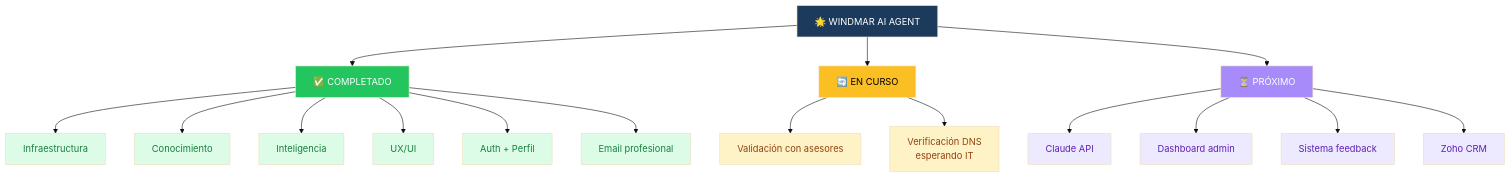
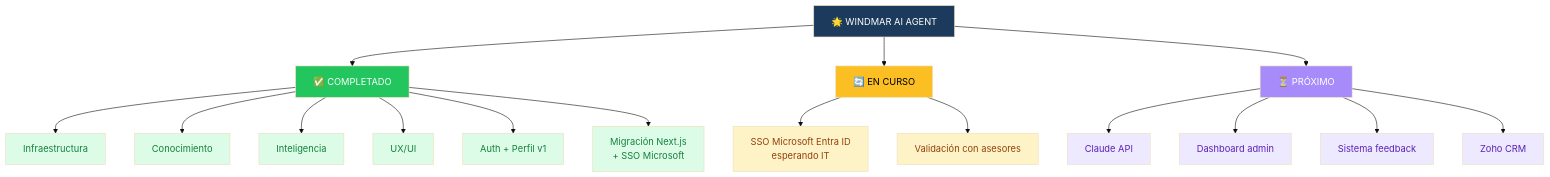
Before and after one commit to JnSbstnRivera/WINDMAR-AI-AGENT: the first of 14 diagrams in ROADMAP.md, drawn with Mermaid (base theme). The commit also changed other lines of this file and 48 other files, not shown here.

First line of the commit message:
Migrate to Next.js 15 + Microsoft Entra ID SSO

````diff
--- a/ROADMAP.md
+++ b/ROADMAP.md
@@ -10,39 +10,39 @@
 ```mermaid
 flowchart TD
     Root[🌟 WINDMAR AI AGENT]
     Root --> Done[✅ COMPLETADO]
     Root --> Now[🔄 EN CURSO]
     Root --> Next[⏳ PRÓXIMO]
 
     Done --> D1[Infraestructura]
     Done --> D2[Conocimiento]
     Done --> D3[Inteligencia]
     Done --> D4[UX/UI]
-    Done --> D5[Auth + Perfil]
-    Done --> D6[Email profesional]
+    Done --> D5[Auth + Perfil v1]
+    Done --> D7[Migración Next.js<br/>+ SSO Microsoft]
 
-    Now --> N1[Validación con asesores]
-    Now --> N2[Verificación DNS<br/>esperando IT]
+    Now --> N1[SSO Microsoft Entra ID<br/>esperando IT]
+    Now --> N2[Validación con asesores]
 
     Next --> X1[Claude API]
     Next --> X2[Dashboard admin]
     Next --> X3[Sistema feedback]
     Next --> X4[Zoho CRM]
 
     style Root fill:#1B3A5C,color:#fff
     style Done fill:#22c55e,color:#fff
     style Now fill:#fbbf24,color:#000
     style Next fill:#a78bfa,color:#fff
     style D1 fill:#dcfce7,color:#15803d
     style D2 fill:#dcfce7,color:#15803d
     style D3 fill:#dcfce7,color:#15803d
     style D4 fill:#dcfce7,color:#15803d
     style D5 fill:#dcfce7,color:#15803d
-    style D6 fill:#dcfce7,color:#15803d
+    style D7 fill:#dcfce7,color:#15803d
     style N1 fill:#fef3c7,color:#92400e
     style N2 fill:#fef3c7,color:#92400e
     style X1 fill:#ede9fe,color:#5b21b6
     style X2 fill:#ede9fe,color:#5b21b6
     style X3 fill:#ede9fe,color:#5b21b6
     style X4 fill:#ede9fe,color:#5b21b6
 ```
````
